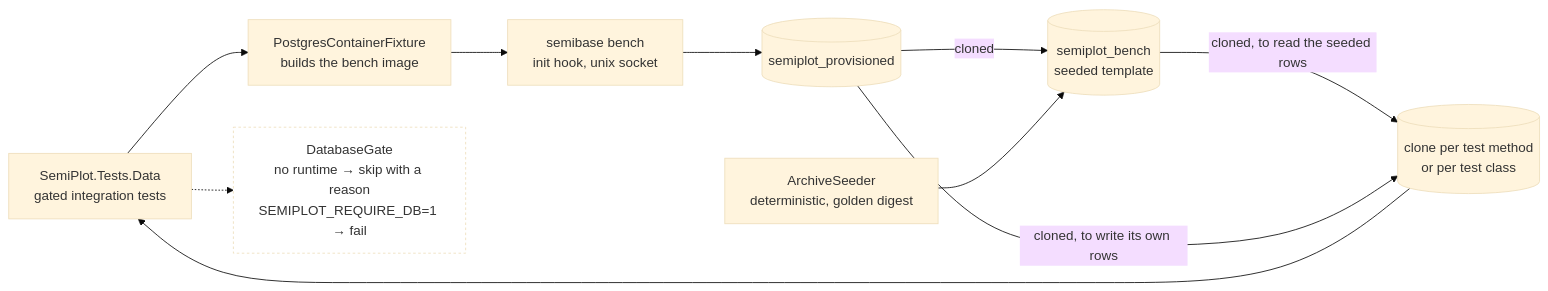
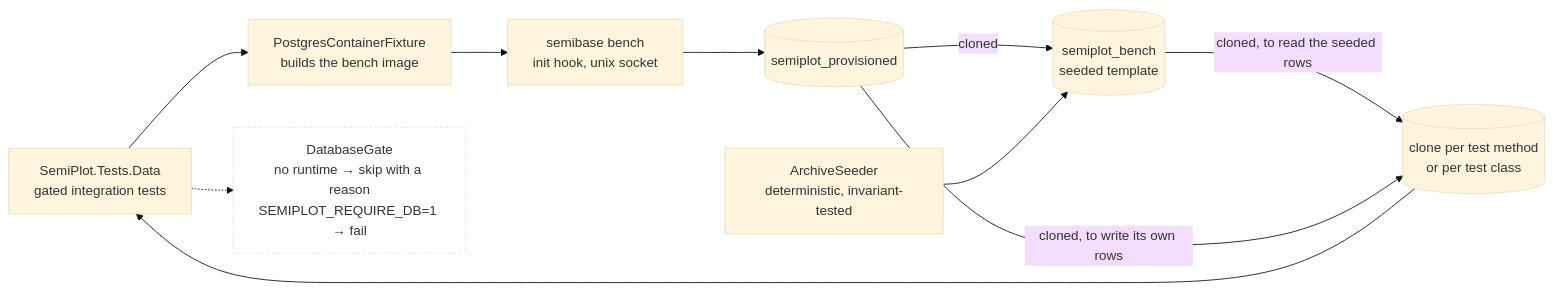
One commit to Semiteq/SemiPlot changed the fifth of 5 diagrams in docs/architecture/postgres-topology.md. Above: the diagram before and after it, drawn with Mermaid (base theme). The commit also changed 16 other files, not shown here.

First line of the commit message:
refactor(seeder): pin the generator by invariants, not a digest (#49)

````diff
--- a/docs/architecture/postgres-topology.md
+++ b/docs/architecture/postgres-topology.md
@@ -172,22 +172,22 @@
 ```mermaid
 flowchart LR
     tests["SemiPlot.Tests.Data<br/>gated integration tests"]
     fix["PostgresContainerFixture<br/>builds the bench image"]
     sb["semibase bench<br/>init hook, unix socket"]
     src[("semiplot_provisioned")]
-    seed["ArchiveSeeder<br/>deterministic, golden digest"]
+    seed["ArchiveSeeder<br/>deterministic, invariant-tested"]
     tmpl[("semiplot_bench<br/>seeded template")]
     clone[("clone per test method<br/>or per test class")]
 
     tests --> fix --> sb --> src
     src -- "cloned" --> tmpl
     seed --> tmpl
     tmpl -- "cloned, to read the seeded rows" --> clone
     src -- "cloned, to write its own rows" --> clone
     clone --> tests
 
     gate["DatabaseGate<br/>no runtime → skip with a reason<br/>SEMIPLOT_REQUIRE_DB=1 → fail"]
     tests -.-> gate
 
     style gate fill:none,stroke-dasharray:3 3
 ```
````
